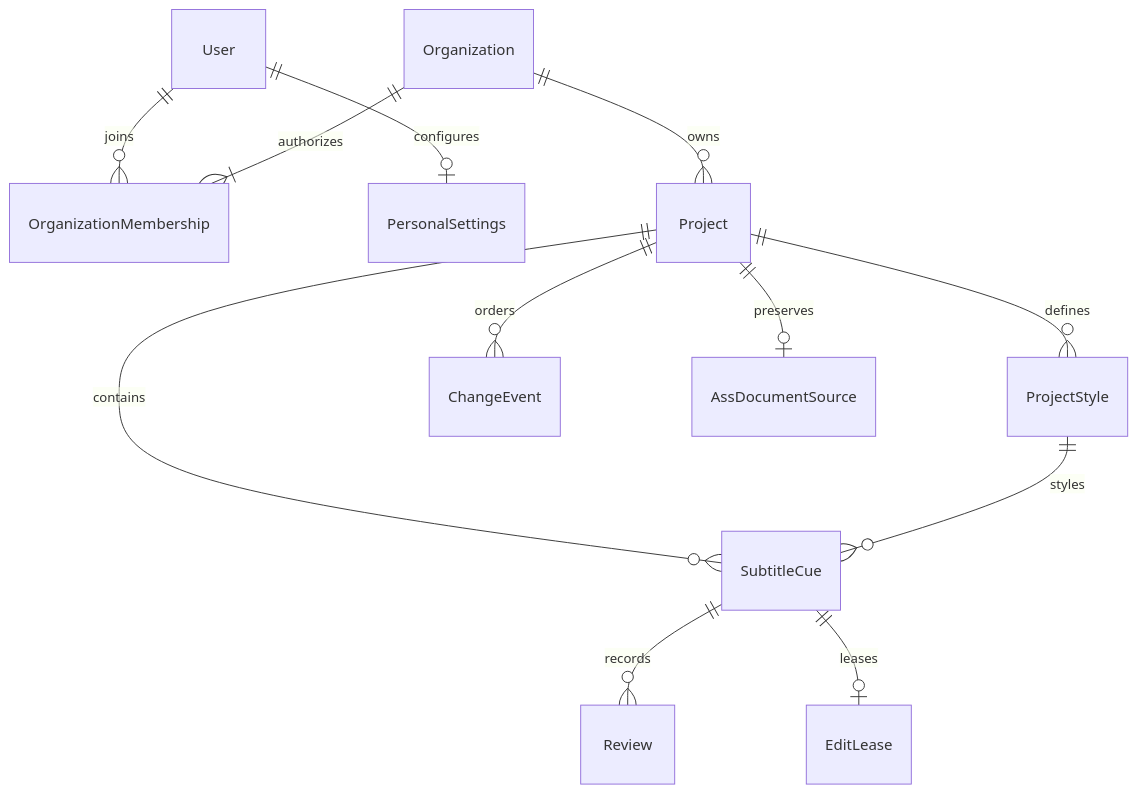
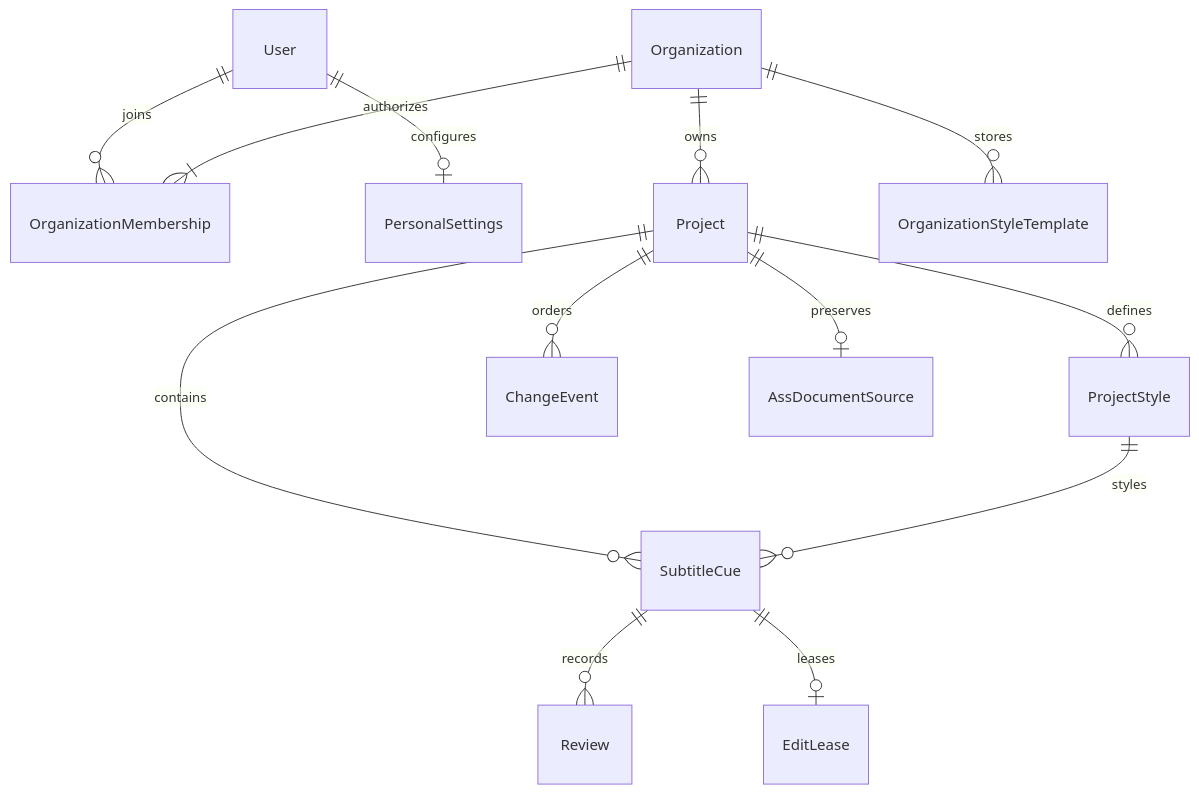
One commit to giltram/CueRelay changed the first of 2 diagrams in docs/domain-model.md. Above: the diagram before and after it, drawn with Mermaid. The commit also changed other lines of this file and 96 other files, not shown here.

````diff
--- a/docs/domain-model.md
+++ b/docs/domain-model.md
@@ -27,14 +28,15 @@
 ```mermaid
 erDiagram
     User ||--o{ OrganizationMembership : joins
     Organization ||--|{ OrganizationMembership : authorizes
     User ||--o| PersonalSettings : configures
     Organization ||--o{ Project : owns
+    Organization ||--o{ OrganizationStyleTemplate : stores
     Project ||--o{ ProjectStyle : defines
     Project ||--o{ SubtitleCue : contains
     ProjectStyle ||--o{ SubtitleCue : styles
     SubtitleCue ||--o{ Review : records
     SubtitleCue ||--o| EditLease : leases
     Project ||--o{ ChangeEvent : orders
     Project ||--o| AssDocumentSource : preserves
 ```
````
